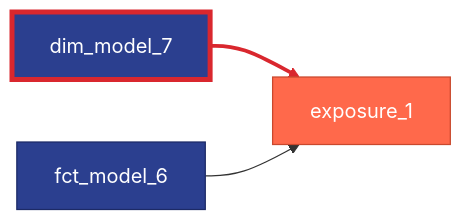
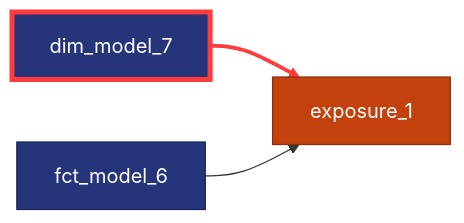
The diagram in docs/rules/governance.md (dbt-labs/dbt-project-evaluator), drawn with Mermaid before and after one commit. The commit also changed 6 other files, not shown here.

Commit message:
Readable Mermaid diagrams in both color schemes; scope the source selection note to dbt check

````diff
--- a/docs/rules/governance.md
+++ b/docs/rules/governance.md
@@ -89,13 +89,13 @@
 ```mermaid
 flowchart LR
-    classDef marts fill:#2b3f8f,stroke:#1c2a66,color:#fff
-    classDef exposure fill:#ff694b,stroke:#c9482d,color:#fff
-    classDef flagged stroke:#d9272e,stroke-width:4px
+    classDef marts fill:#26357a,stroke:#1a2557,color:#fff
+    classDef exposure fill:#c2410c,stroke:#8f2f08,color:#fff
+    classDef flagged stroke:#ff3b3b,stroke-width:4px
     dim_model_7["dim_model_7"]:::marts
     exposure_1["exposure_1"]:::exposure
     fct_model_6["fct_model_6"]:::marts
     dim_model_7 --> exposure_1
     fct_model_6 --> exposure_1
     class dim_model_7 flagged
-    linkStyle 0 stroke:#d9272e,stroke-width:3px
+    linkStyle 0 stroke:#ff3b3b,stroke-width:3px
 ```
````
